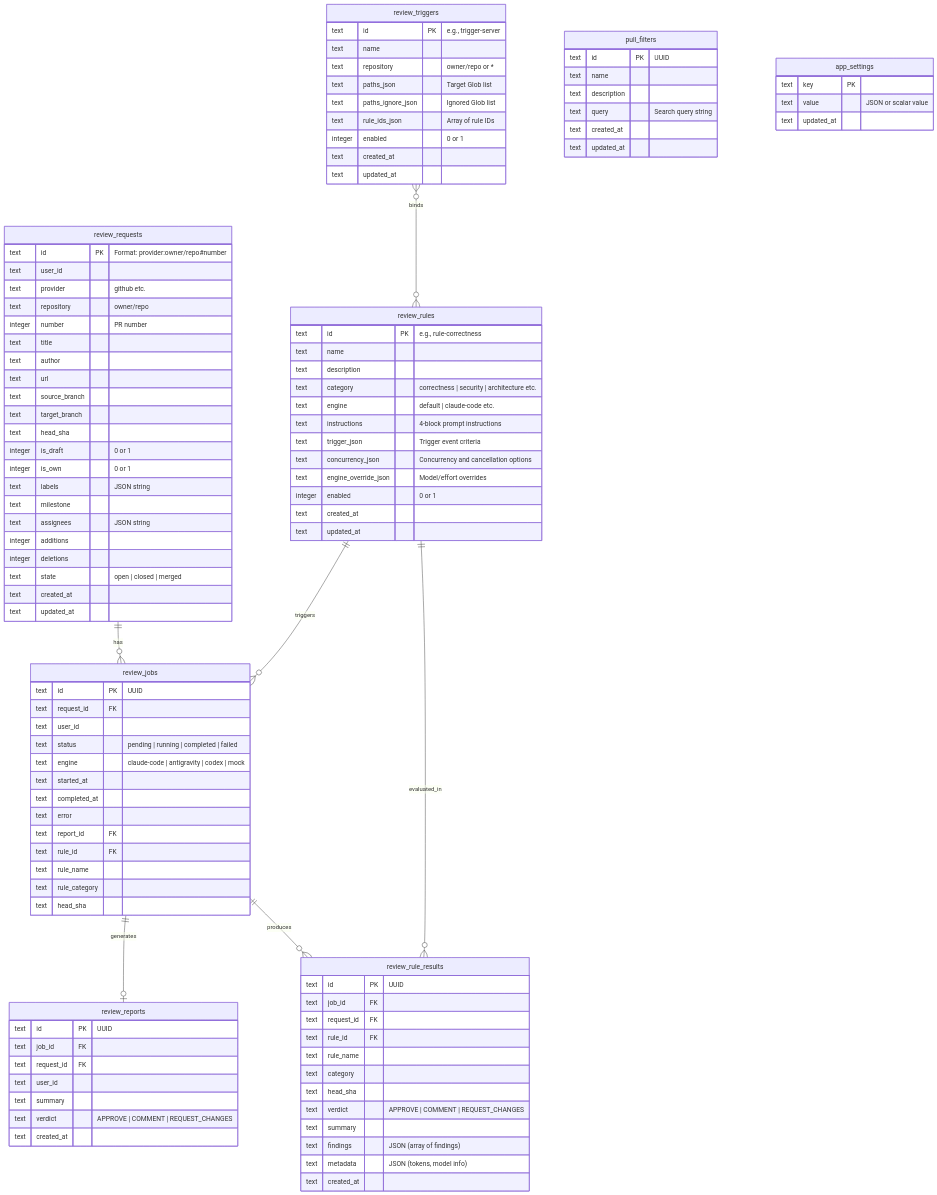
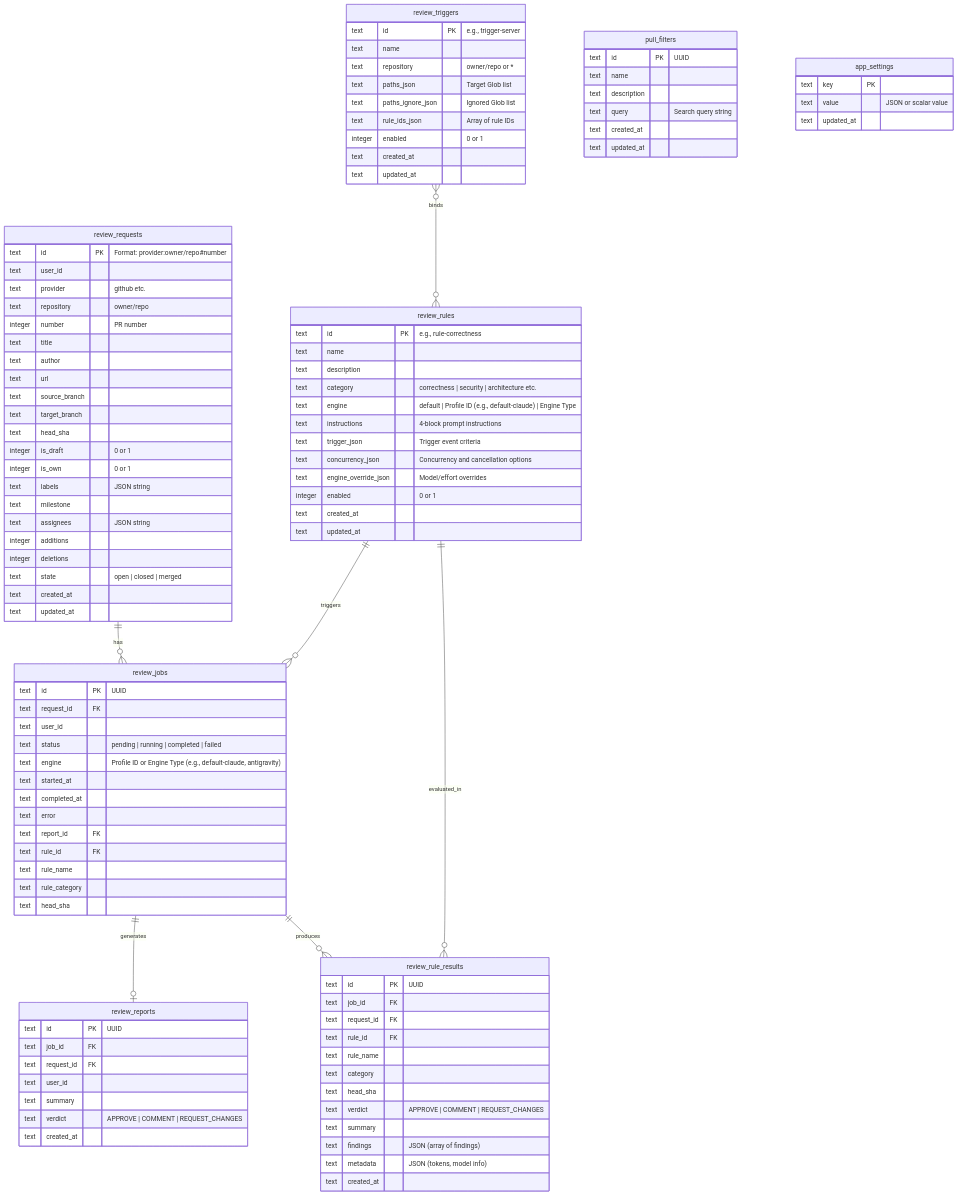
Before and after one commit to fuji44/kuramori: the first of 3 diagrams in docs/data-model.md, drawn with Mermaid. The commit also changed other lines of this file and 2 other files, not shown here.

First line of the commit message:
docs: document engine profile architecture in data model and engine specs

```diff
--- a/docs/data-model.md
+++ b/docs/data-model.md
@@ -44,7 +44,7 @@
         text request_id FK
         text user_id
         text status "pending | running | completed | failed"
-        text engine "claude-code | antigravity | codex | mock"
+        text engine "Profile ID or Engine Type (e.g., default-claude, antigravity)"
         text started_at
         text completed_at
         text error
@@ -70,7 +70,7 @@
         text name
         text description
         text category "correctness | security | architecture etc."
-        text engine "default | claude-code etc."
+        text engine "default | Profile ID (e.g., default-claude) | Engine Type"
         text instructions "4-block prompt instructions"
         text trigger_json "Trigger event criteria"
         text concurrency_json "Concurrency and cancellation options"
```
